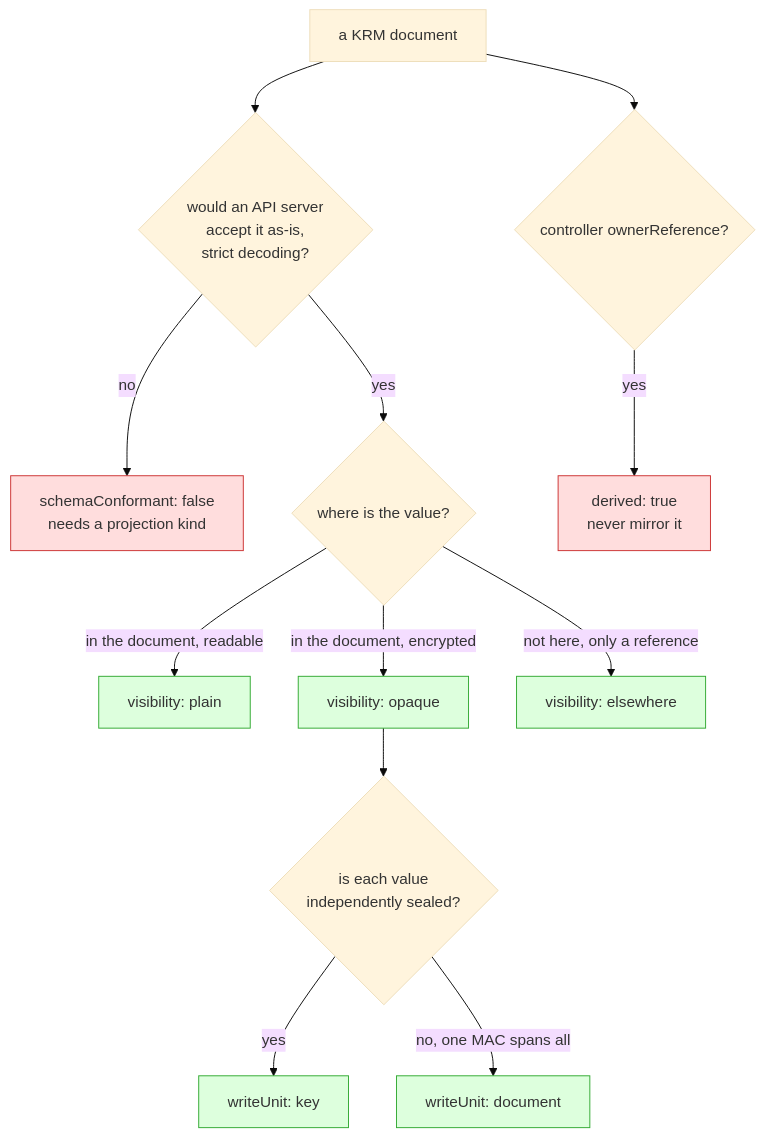
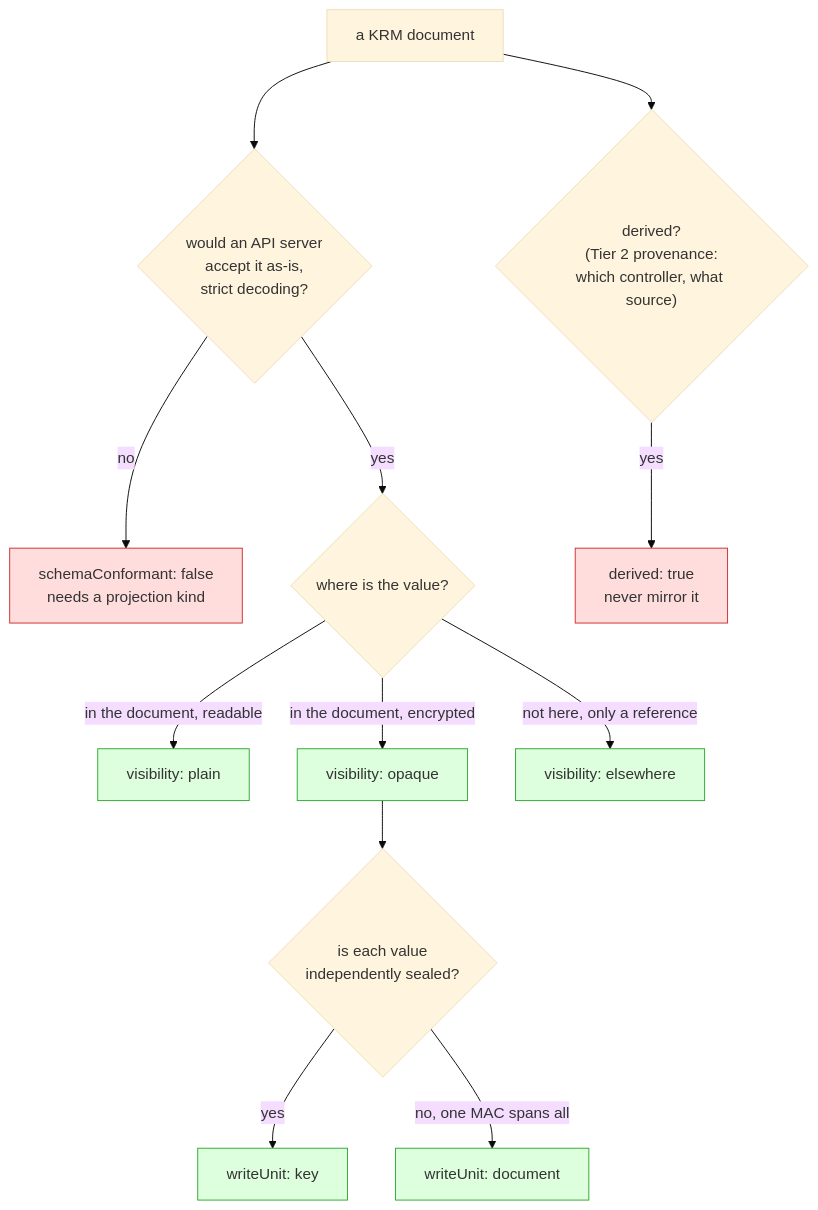
Before and after one commit to ConfigButler/gitops-reverser: the diagram in docs/design/gitops-api/resource-capability-model.md, drawn with Mermaid (base theme). The commit also changed other lines of this file and 258 other files, not shown here.

````diff
--- a/docs/design/gitops-api/resource-capability-model.md
+++ b/docs/design/gitops-api/resource-capability-model.md
@@ -76,21 +76,21 @@
 ```mermaid
 flowchart TD
     D["a KRM document"] --> S{"would an API server<br/>accept it as-is,<br/>strict decoding?"}
     S -- no --> NC["schemaConformant: false<br/>needs a projection kind"]
     S -- yes --> V{"where is the value?"}
     V -- "in the document, readable" --> P["visibility: plain"]
     V -- "in the document, encrypted" --> O["visibility: opaque"]
     V -- "not here, only a reference" --> E["visibility: elsewhere"]
 
     O --> U{"is each value<br/>independently sealed?"}
     U -- yes --> K["writeUnit: key"]
     U -- "no, one MAC spans all" --> W["writeUnit: document"]
 
-    D --> OWN{"controller ownerReference?"}
+    D --> OWN{"derived?<br/>(Tier 2 provenance:<br/>which controller, what source)"}
     OWN -- yes --> DER["derived: true<br/>never mirror it"]
 
     classDef bad fill:#fdd,stroke:#c33
     classDef good fill:#dfd,stroke:#3a3
     class NC,DER bad
     class P,O,E,K,W good
 ```
````
